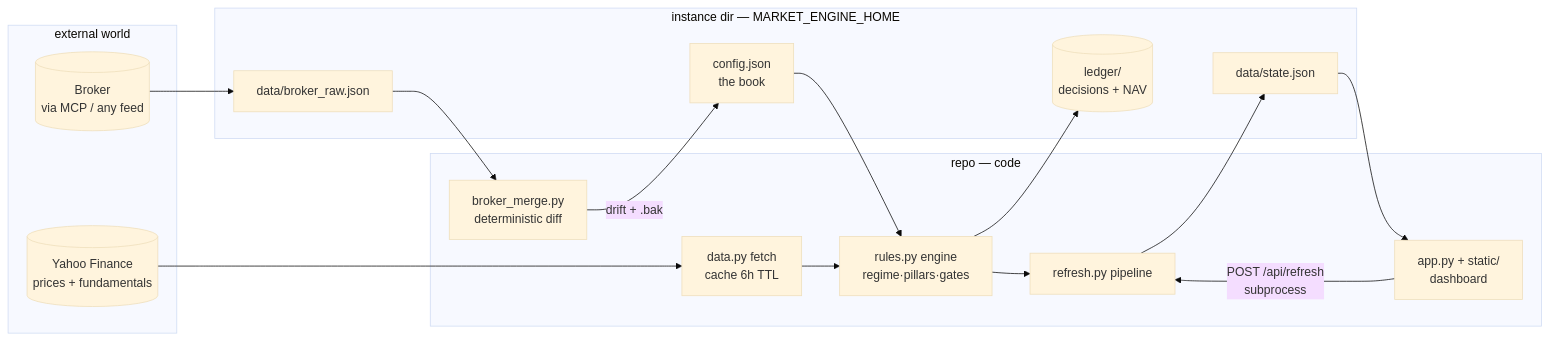
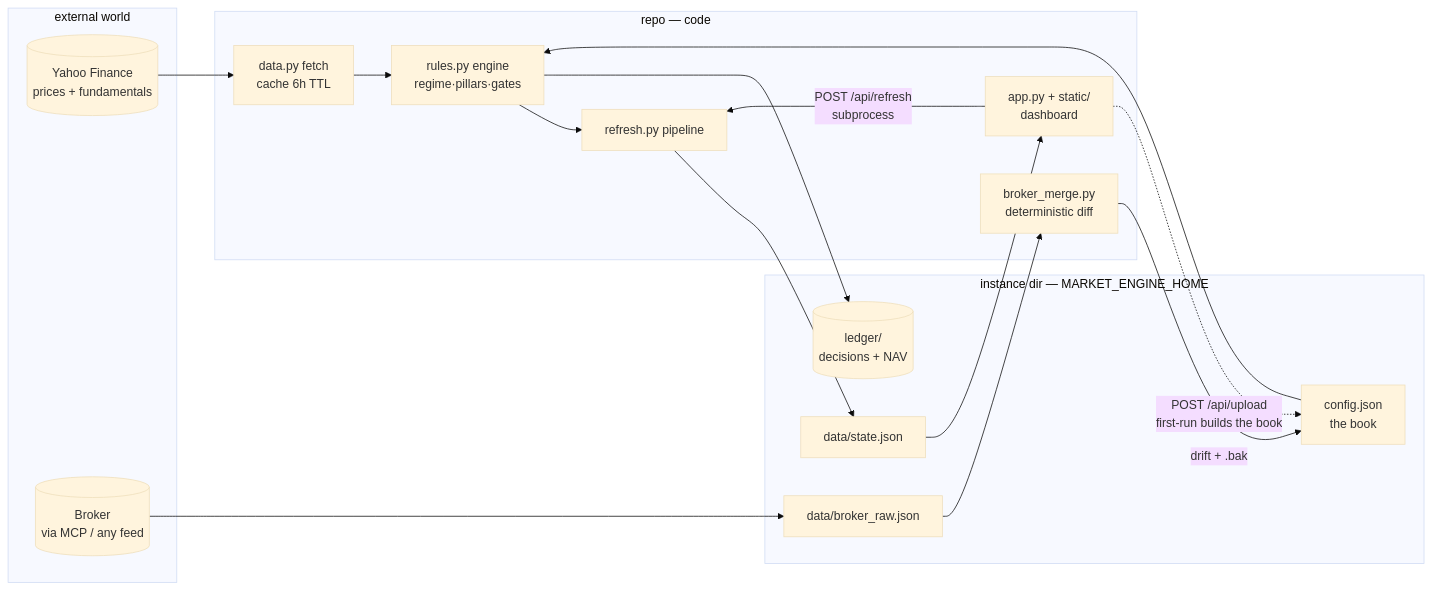
The diagram in ARCHITECTURE.md (bitconflict/market-engine), drawn with Mermaid (base theme) before and after one commit. The commit also changed other lines of this file, not shown here.

Commit message:
ARCHITECTURE: refresh to single-tenant reality — file map now lists server_core/importer/checker, endpoint + upload contracts, 137 tests, deps-only install path, upload leg in data-flow diagram

````diff
--- a/ARCHITECTURE.md
+++ b/ARCHITECTURE.md
@@ -115,29 +128,30 @@
 ```mermaid
 flowchart LR
     subgraph external [external world]
         YH[(Yahoo Finance<br/>prices + fundamentals)]
         RH[(Broker<br/>via MCP / any feed)]
     end
 
     subgraph instance ["instance dir — MARKET_ENGINE_HOME"]
         CFG[config.json<br/>the book]
         RAW[data/broker_raw.json]
         ST[data/state.json]
         LED[(ledger/<br/>decisions + NAV)]
     end
 
     subgraph repo [repo — code]
         FETCH[data.py fetch<br/>cache 6h TTL]
         CORE[rules.py engine<br/>regime·pillars·gates]
         MERGE[broker_merge.py<br/>deterministic diff]
         PIPE[refresh.py pipeline]
         UI[app.py + static/<br/>dashboard]
     end
 
     YH --> FETCH --> CORE
     CFG --> CORE
     CORE --> PIPE --> ST --> UI
     CORE --> LED
     RH --> RAW --> MERGE -->|drift + .bak| CFG
     UI -->|POST /api/refresh<br/>subprocess| PIPE
+    UI -.->|POST /api/upload<br/>first-run builds the book| CFG
 ```
````
